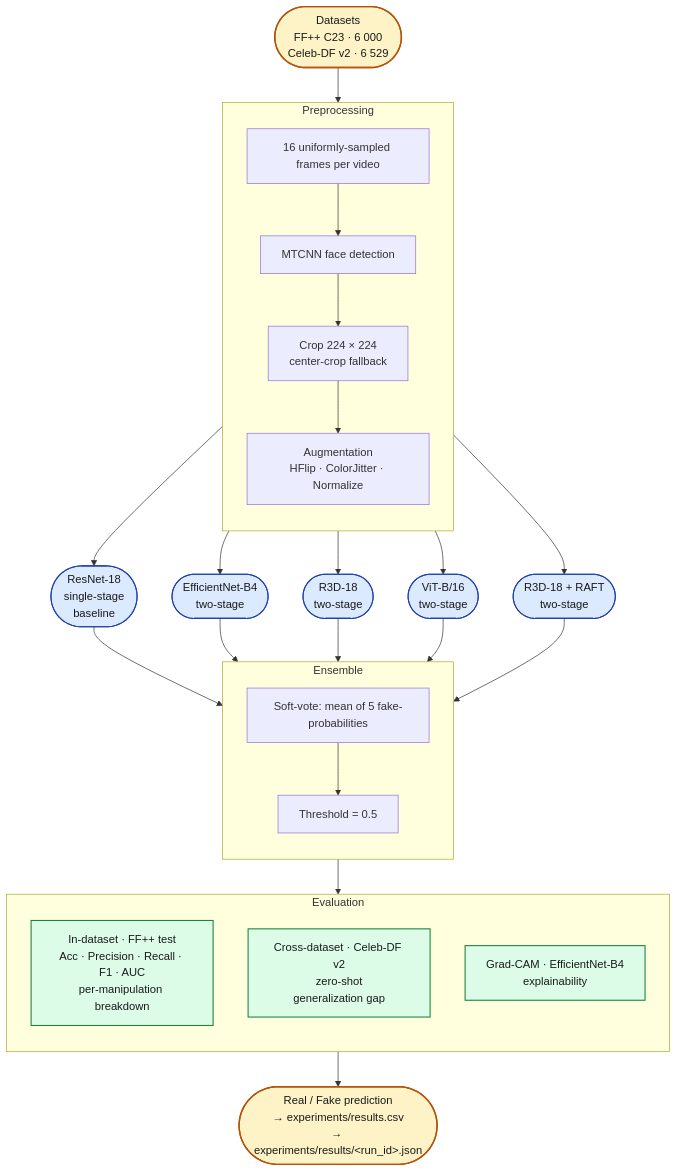
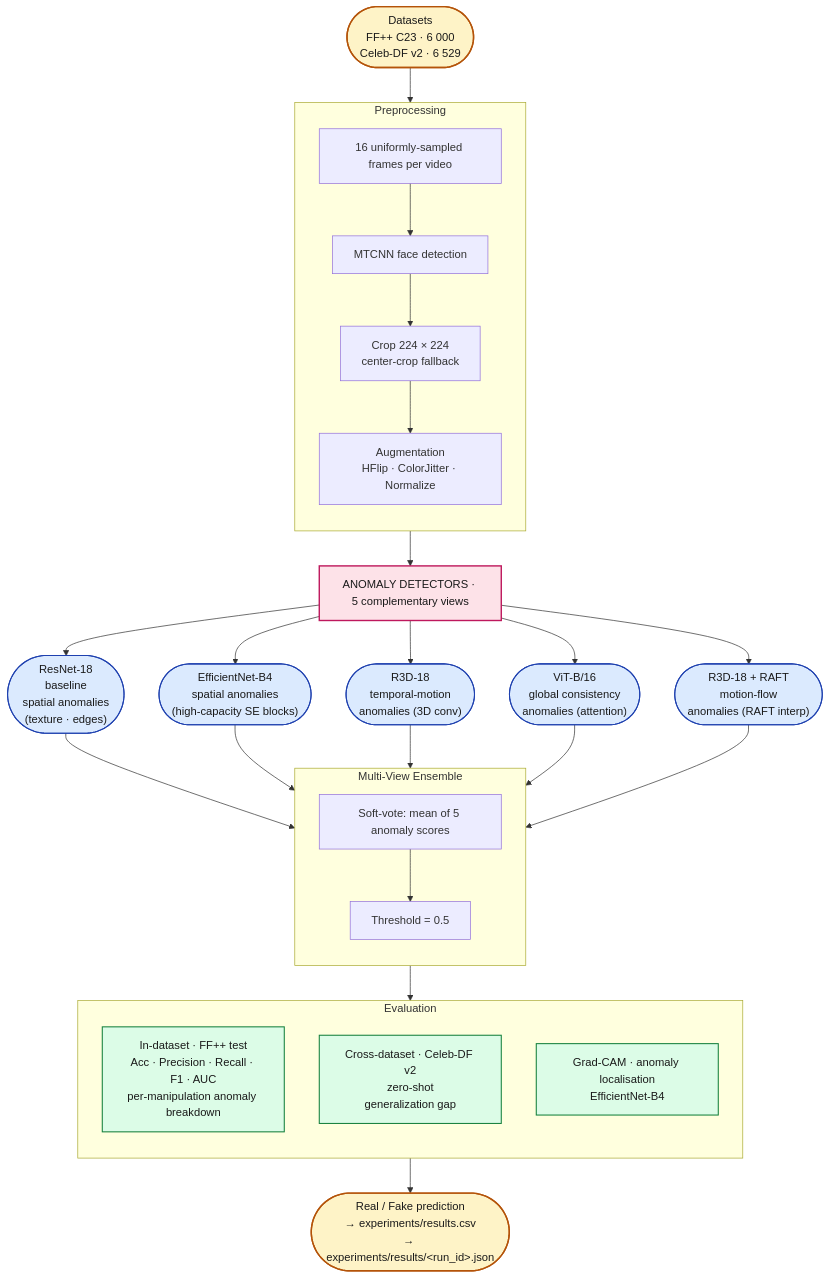
The diagram in docs/design/diagrams/solution_architecture.md (abraraltaf92/deepfake-detection), drawn with Mermaid before and after one commit. The commit also changed other lines of this file and 3 other files, not shown here.

Commit message:
docs: add anomaly-detection framing to architecture diagram + paper sections

````diff
--- a/docs/design/diagrams/solution_architecture.md
+++ b/docs/design/diagrams/solution_architecture.md
@@ -5,64 +5,68 @@
 ```mermaid
 flowchart TB
     %% ==== dataset ====
     D(["Datasets<br/>FF++ C23 · 6 000<br/>Celeb-DF v2 · 6 529"])
 
     %% ==== preprocessing ====
     subgraph P ["Preprocessing"]
         direction TB
         P1["16 uniformly-sampled frames per video"]
         P2["MTCNN face detection"]
         P3["Crop 224 × 224<br/>center-crop fallback"]
         P4["Augmentation<br/>HFlip · ColorJitter · Normalize"]
         P1 --> P2 --> P3 --> P4
     end
 
-    %% ==== models (parallel, independent) ====
-    M1(["ResNet-18<br/>single-stage<br/>baseline"])
-    M2(["EfficientNet-B4<br/>two-stage"])
-    M3(["R3D-18<br/>two-stage"])
-    M4(["ViT-B/16<br/>two-stage"])
-    M5(["R3D-18 + RAFT<br/>two-stage"])
+    %% ==== models as anomaly detectors ====
+    M0["ANOMALY DETECTORS · 5 complementary views"]
+    M1(["ResNet-18<br/>baseline<br/>spatial anomalies<br/>(texture · edges)"])
+    M2(["EfficientNet-B4<br/>spatial anomalies<br/>(high-capacity SE blocks)"])
+    M3(["R3D-18<br/>temporal-motion<br/>anomalies (3D conv)"])
+    M4(["ViT-B/16<br/>global consistency<br/>anomalies (attention)"])
+    M5(["R3D-18 + RAFT<br/>motion-flow<br/>anomalies (RAFT interp)"])
 
     %% ==== ensemble ====
-    subgraph E ["Ensemble"]
+    subgraph E ["Multi-View Ensemble"]
         direction TB
-        E1["Soft-vote: mean of 5 fake-probabilities"]
+        E1["Soft-vote: mean of 5 anomaly scores"]
         E2["Threshold = 0.5"]
         E1 --> E2
     end
 
     %% ==== evaluation ====
     subgraph V ["Evaluation"]
         direction TB
-        V1["In-dataset · FF++ test<br/>Acc · Precision · Recall · F1 · AUC<br/>per-manipulation breakdown"]
+        V1["In-dataset · FF++ test<br/>Acc · Precision · Recall · F1 · AUC<br/>per-manipulation anomaly breakdown"]
         V2["Cross-dataset · Celeb-DF v2<br/>zero-shot<br/>generalization gap"]
-        V3["Grad-CAM · EfficientNet-B4<br/>explainability"]
+        V3["Grad-CAM · anomaly localisation<br/>EfficientNet-B4"]
     end
 
     %% ==== output ====
     O(["Real / Fake prediction<br/>→ experiments/results.csv<br/>→ experiments/results/&lt;run_id&gt;.json"])
 
     %% ==== flow ====
     D --> P
-    P --> M1
-    P --> M2
-    P --> M3
-    P --> M4
-    P --> M5
+    P --> M0
+    M0 --> M1
+    M0 --> M2
+    M0 --> M3
+    M0 --> M4
+    M0 --> M5
     M1 --> E
     M2 --> E
     M3 --> E
     M4 --> E
     M5 --> E
     E --> V
     V --> O
 
     %% ==== styling ====
     classDef dataNode fill:#fef3c7,stroke:#b45309,stroke-width:2px,color:#1a1a1a
+    classDef headerNode fill:#fde2e8,stroke:#be185d,stroke-width:2px,color:#1a1a1a
     classDef modelNode fill:#dbeafe,stroke:#1e40af,stroke-width:1.5px,color:#1a1a1a
     classDef evalNode fill:#dcfce7,stroke:#15803d,stroke-width:1.5px,color:#1a1a1a
     class D,O dataNode
+    class M0 headerNode
     class M1,M2,M3,M4,M5 modelNode
     class V1,V2,V3 evalNode
 ```
````
